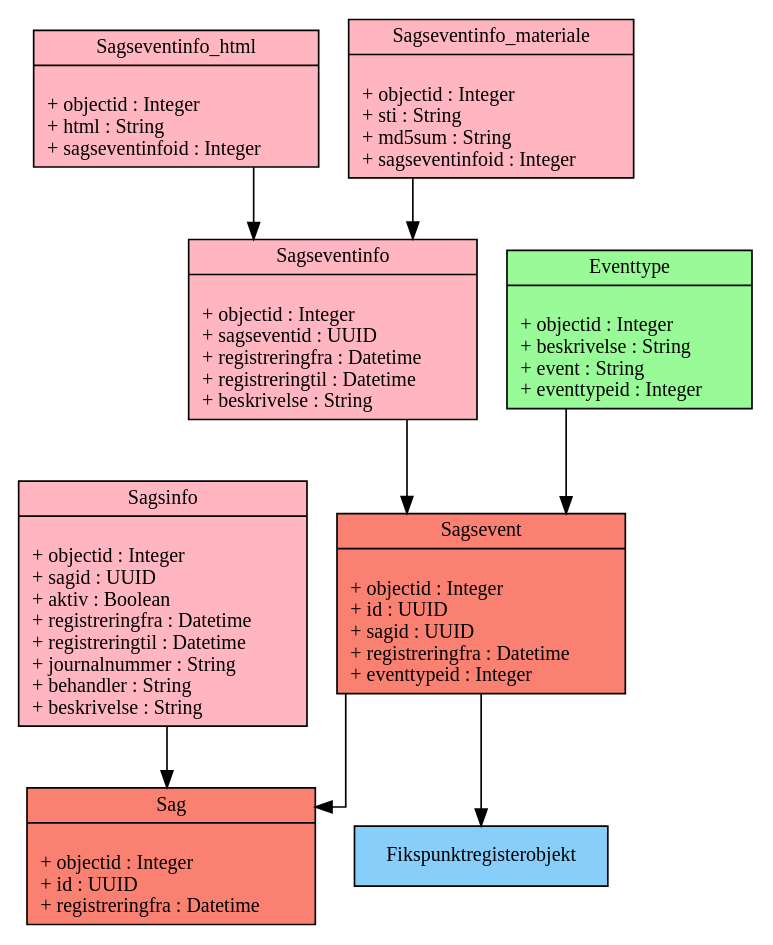
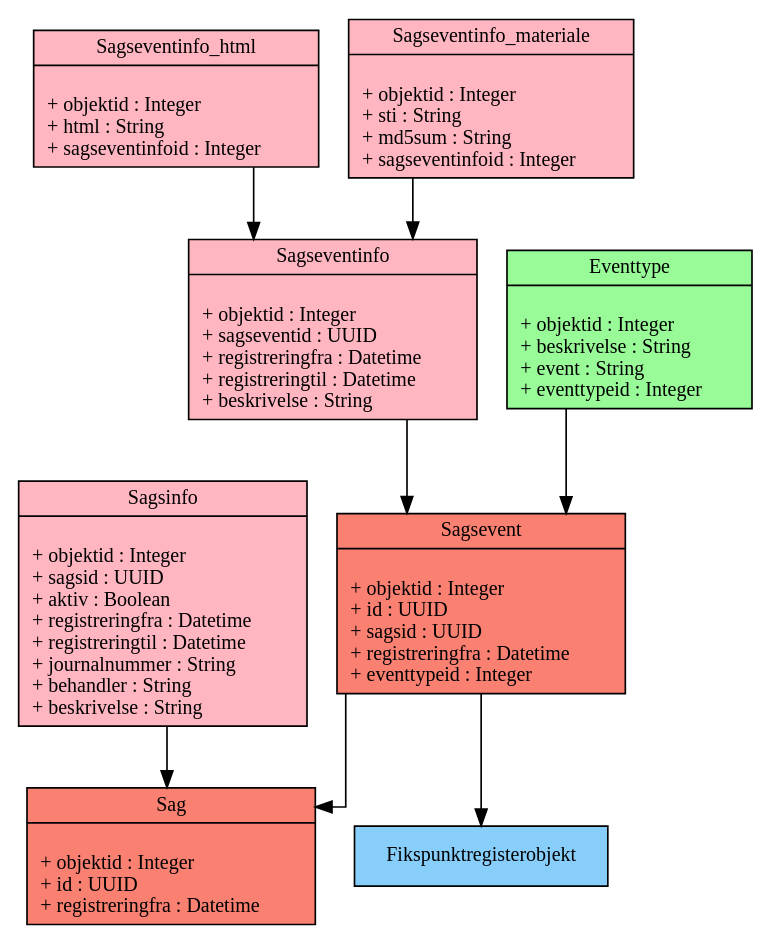
Before and after one commit to SDFIdk/FIRE: the fifth of 5 diagrams in docs/datamodel.rst, drawn with Graphviz. The commit also changed other lines of this file and 13 other files, not shown here.

```diff
--- a/docs/datamodel.rst
+++ b/docs/datamodel.rst
@@ -478,7 +478,7 @@
                 fillcolor = salmon
                 style = filled
                 label = "{Sag|\l
-                        + objectid : Integer\l
+                        + objektid : Integer\l
                         + id : UUID\l
                         + registreringfra : Datetime\l
                 }"
@@ -488,8 +488,8 @@
                 fillcolor = lightpink
                 style = filled
                 label = "{Sagsinfo|\l
-                        + objectid : Integer\l
-                        + sagid : UUID\l
+                        + objektid : Integer\l
+                        + sagsid : UUID\l
                         + aktiv : Boolean\l
                         + registreringfra : Datetime\l
                         + registreringtil : Datetime\l
@@ -503,9 +503,9 @@
                 fillcolor = salmon
                 style = filled
                 label = "{Sagsevent|\l
-                        + objectid : Integer\l
+                        + objektid : Integer\l
                         + id : UUID\l
-                        + sagid : UUID\l
+                        + sagsid : UUID\l
                         + registreringfra : Datetime\l
                         + eventtypeid : Integer\l
 
@@ -516,7 +516,7 @@
                 fillcolor = lightpink
                 style = filled
                 label = "{Sagseventinfo|\l
-                        + objectid : Integer\l
+                        + objektid : Integer\l
                         + sagseventid : UUID\l
                         + registreringfra : Datetime\l
                         + registreringtil : Datetime\l
@@ -528,7 +528,7 @@
                 fillcolor = lightpink
                 style = filled
                 label = "{Sagseventinfo_html|\l
-                        + objectid : Integer\l
+                        + objektid : Integer\l
                         + html : String\l
                         + sagseventinfoid : Integer\l
                 }"
@@ -538,7 +538,7 @@
                 fillcolor = lightpink
                 style = filled
                 label = "{Sagseventinfo_materiale|\l
-                        + objectid : Integer\l
+                        + objektid : Integer\l
                         + sti : String\l
                         + md5sum : String\l
                         + sagseventinfoid : Integer\l
@@ -549,7 +549,7 @@
                 fillcolor = palegreen
                 style = filled
                 label = "{Eventtype|\l
-                        + objectid : Integer\l
+                        + objektid : Integer\l
                         + beskrivelse : String\l
                         + event : String\l
                         + eventtypeid : Integer\l
```
